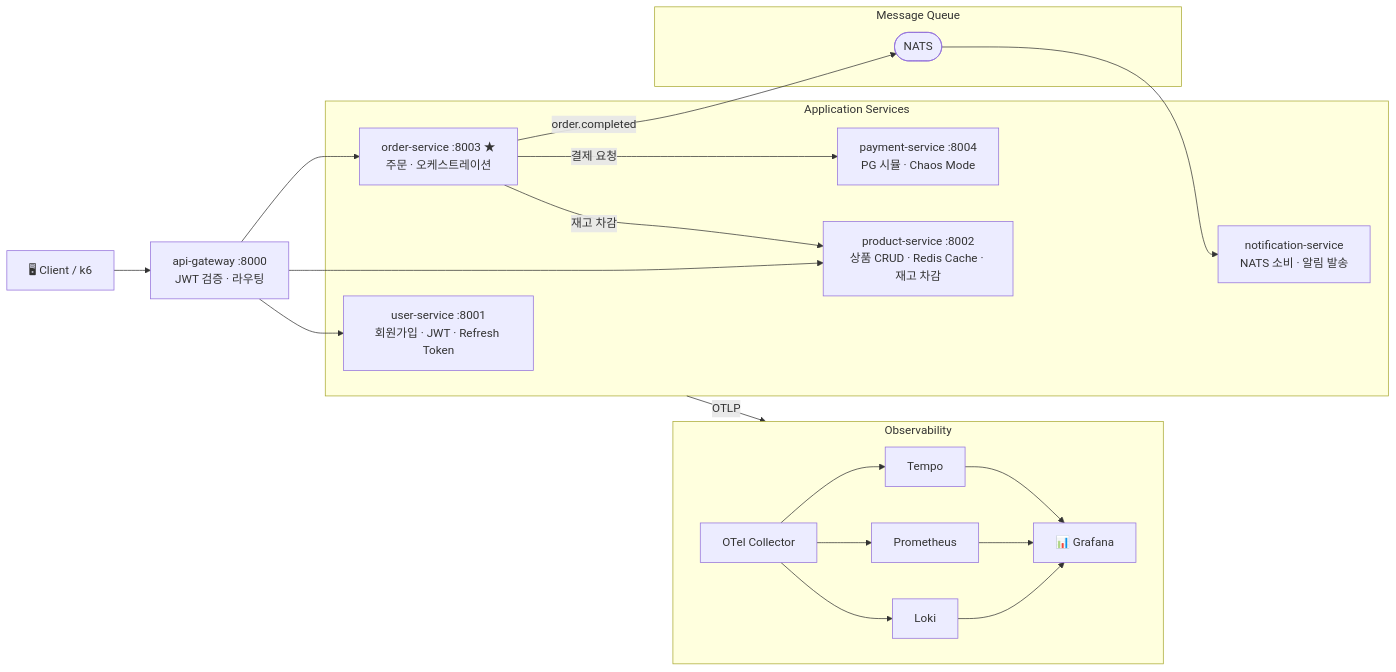
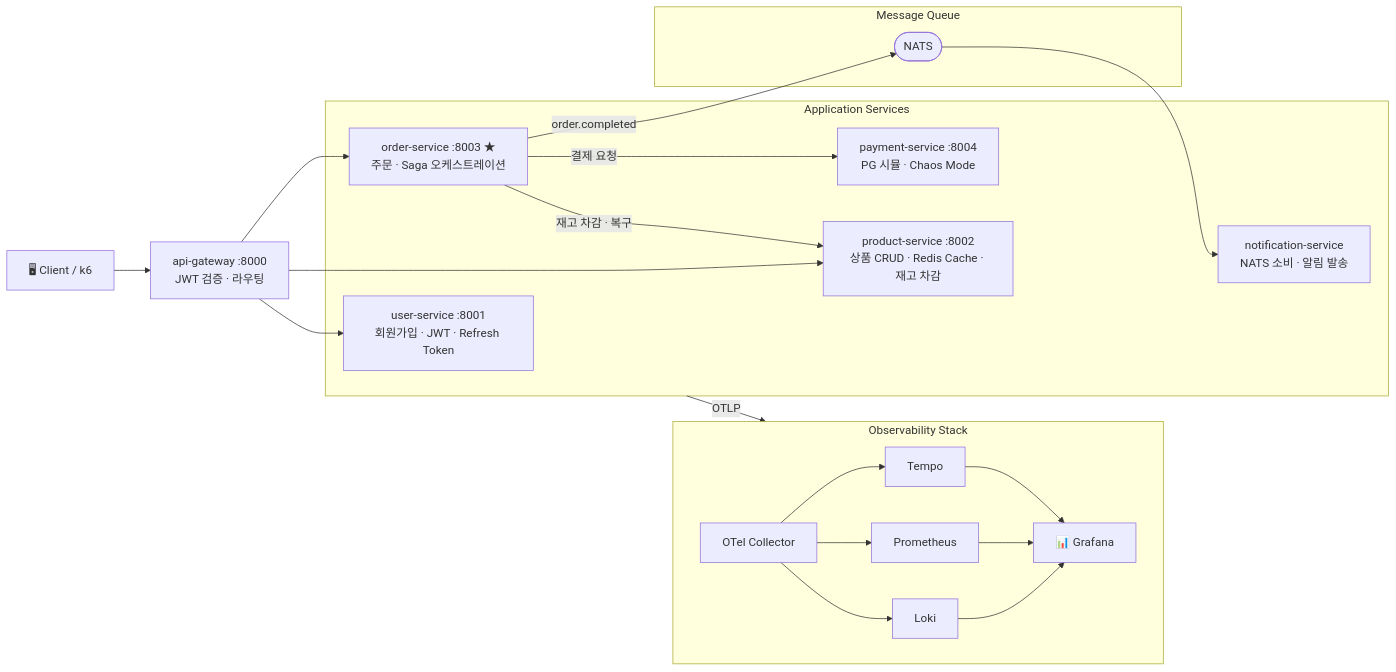
Before and after one commit to Hwara/micro-mart: the diagram in README.md, drawn with Mermaid. The commit also changed other lines of this file, not shown here.

````diff
--- a/README.md
+++ b/README.md
@@ -50,38 +42,38 @@
 ```mermaid
 flowchart LR
     K6["🖥 Client / k6"]
     GW["api-gateway :8000\nJWT 검증 · 라우팅"]
 
     subgraph SERVICES["Application Services"]
         US["user-service :8001\n회원가입 · JWT · Refresh Token"]
         PS["product-service :8002\n상품 CRUD · Redis Cache · 재고 차감"]
-        OS["order-service :8003 ★\n주문 · 오케스트레이션"]
+        OS["order-service :8003 ★\n주문 · Saga 오케스트레이션"]
         PAY["payment-service :8004\nPG 시뮬 · Chaos Mode"]
         NS["notification-service\nNATS 소비 · 알림 발송"]
     end
 
-    subgraph STORES["Message Queue"]
+    subgraph MQ["Message Queue"]
         NATS(["NATS"])
     end
 
-    subgraph OBS["Observability"]
+    subgraph OBS["Observability Stack"]
         direction LR
         OTEL["OTel Collector"]
         TEMPO["Tempo"]
         PROM["Prometheus"]
         LOKI["Loki"]
         GRAF["📊 Grafana"]
     end
 
     K6 --> GW
     GW --> US & PS & OS
 
-    OS -->|재고 차감| PS
+    OS -->|재고 차감 · 복구| PS
     OS -->|결제 요청| PAY
     OS -->|order.completed| NATS
     NATS --> NS
 
     SERVICES -- OTLP --> OTEL
     OTEL --> TEMPO & PROM & LOKI
     TEMPO & PROM & LOKI --> GRAF
 ```
````
